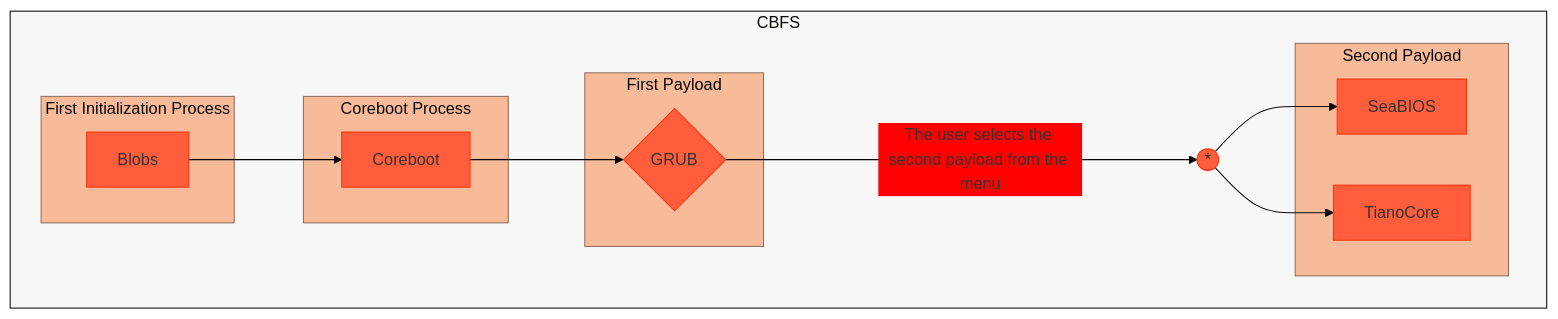
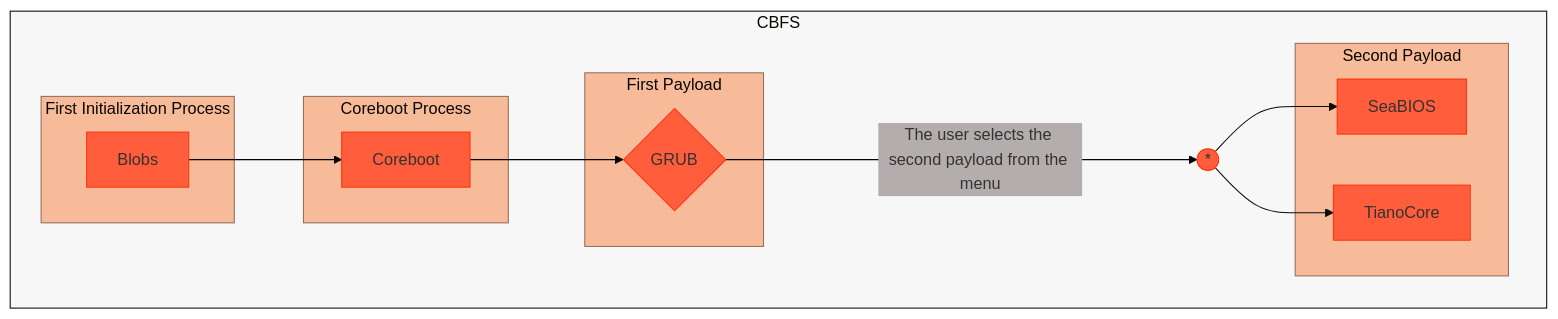
One commit to Ch3ckm4t3C1ph3r/Lenovo-Ideapad-320-14ISK-_Coreboot-Adaptation_ changed the diagram in README.md. Above: the diagram before and after it, drawn with Mermaid.

Commit message:
Update edgeLabelBackground color in README.md

````diff
--- a/README.md
+++ b/README.md
@@ -104,46 +104,46 @@
 ```mermaid
 ---
 config:
   theme: 'base'
   themeVariables:
-    edgeLabelBackground: '#ff0000'
+    edgeLabelBackground: '#B3ADAD'
 ---
 flowchart LR;
     %% Definition of style (and class of style) of each element by id (or by class name)
     style cbfs fill:#f7f7f7,stroke:#000000,stroke-width:1px;
     classDef sbgStyle fill:#F7BB99,stroke:#8F6C59,stroke-width:1px
     classDef nodeStyle fill:#FF5D3B,stroke:#FF3008,stroke-width:1px
     classDef edgeStyle fill:#000000,stroke:#000000,stroke-width:1px
     
     subgraph cbfs[CBFS]
         direction LR
 
         %% Not publicly documented boot process
         subgraph sbg1[First Initialization Process]
         n1[Blobs]
         end
 
         n1[Blobs] e1@--> n2[Coreboot]
 
         subgraph sbg2[Coreboot Process]
         n2[Coreboot]
         end
     
         n2[Coreboot] e2@--> p1{GRUB}
     
         subgraph sbg3[First Payload]
         p1{GRUB}
         end
         
         p1{GRUB} e3@---->|The user selects the second payload from the menu|UNION((*)) e4@--> p2_1[SeaBIOS] & p2_2[TianoCore]
     
         subgraph sbg4[Second Payload]
         p2_1[SeaBIOS] & p2_2[TianoCore]
         end
     end
 
     %% Defining the members of each class
     class sbg1,sbg2,sbg3,sbg4 sbgStyle
     class n1,n2,p1,p2_1,p2_2,UNION nodeStyle
     class e1,e2,e3 edgeStyle
 ```
````
